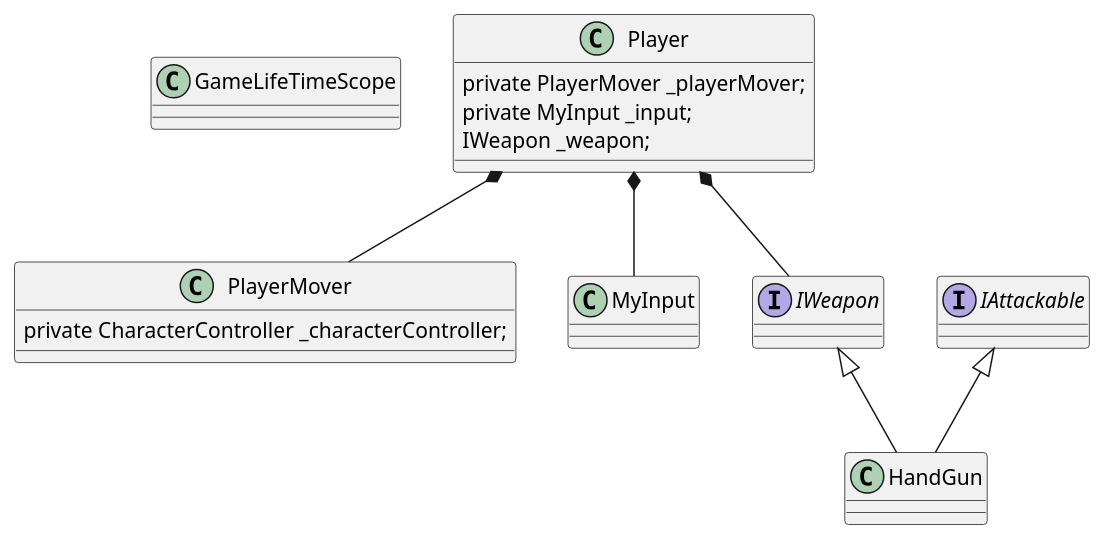
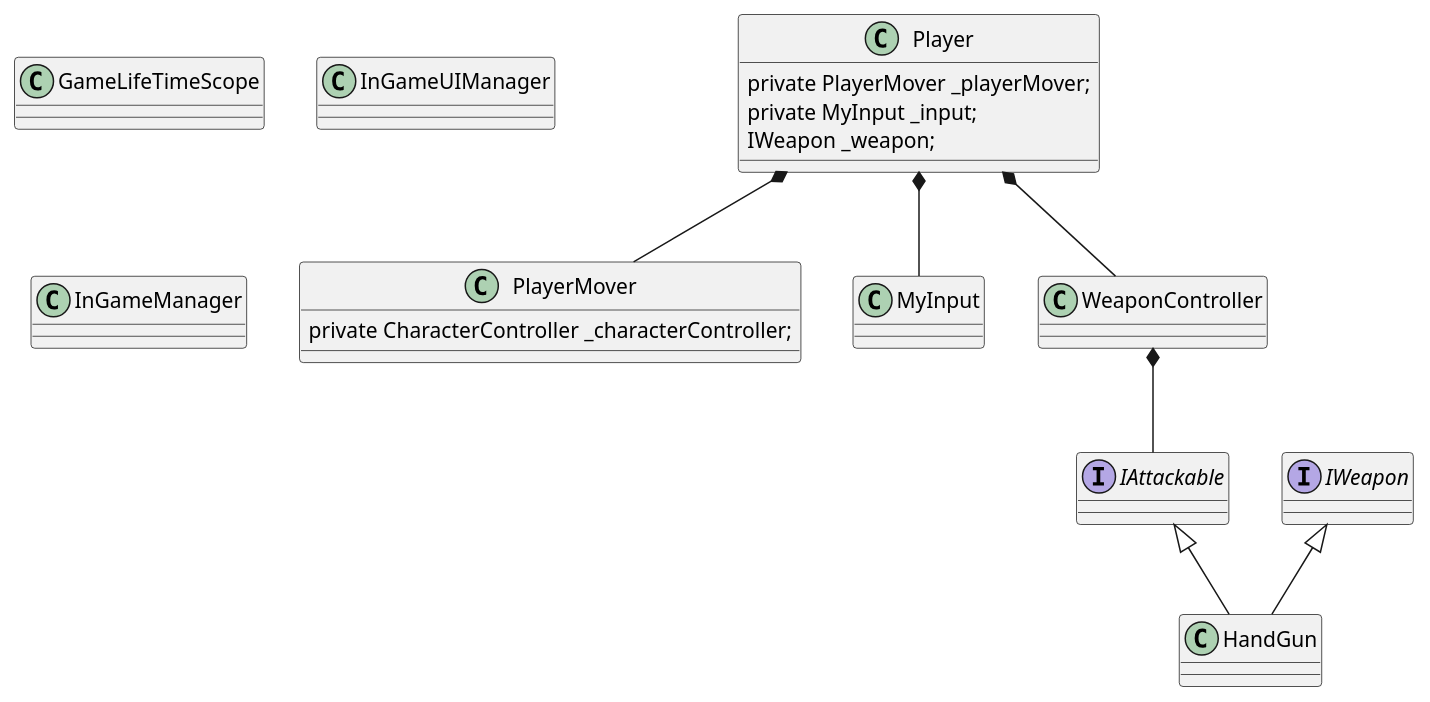
One commit to heller77/SimpleFPS changed the diagram in Assets/ClassDiagram/nowClassDiagram/NowClassDiagram.puml. Above: the diagram before and after it, drawn with PlantUML.

Commit message:
クラス図更新

```diff
--- a/Assets/ClassDiagram/nowClassDiagram/NowClassDiagram.puml
+++ b/Assets/ClassDiagram/nowClassDiagram/NowClassDiagram.puml
@@ -1,22 +1,29 @@
 @startuml
 
 class GameLifeTimeScope{}
 
 Player *-- PlayerMover
 Player *-- MyInput
-Player *-- IWeapon
+Player *-- WeaponController
 class Player{
          private PlayerMover _playerMover;
          private MyInput _input;
          IWeapon _weapon;
 }
 class PlayerMover{
 private CharacterController _characterController;
 }
 class MyInput{}
+WeaponController *-- IAttackable
+class WeaponController{
+
+}
 
 class HandGun extends IWeapon,IAttackable{}
 
 interface IWeapon{}
 interface IAttackable{}
+
+class InGameUIManager{}
+class InGameManager{}
 @enduml
```
